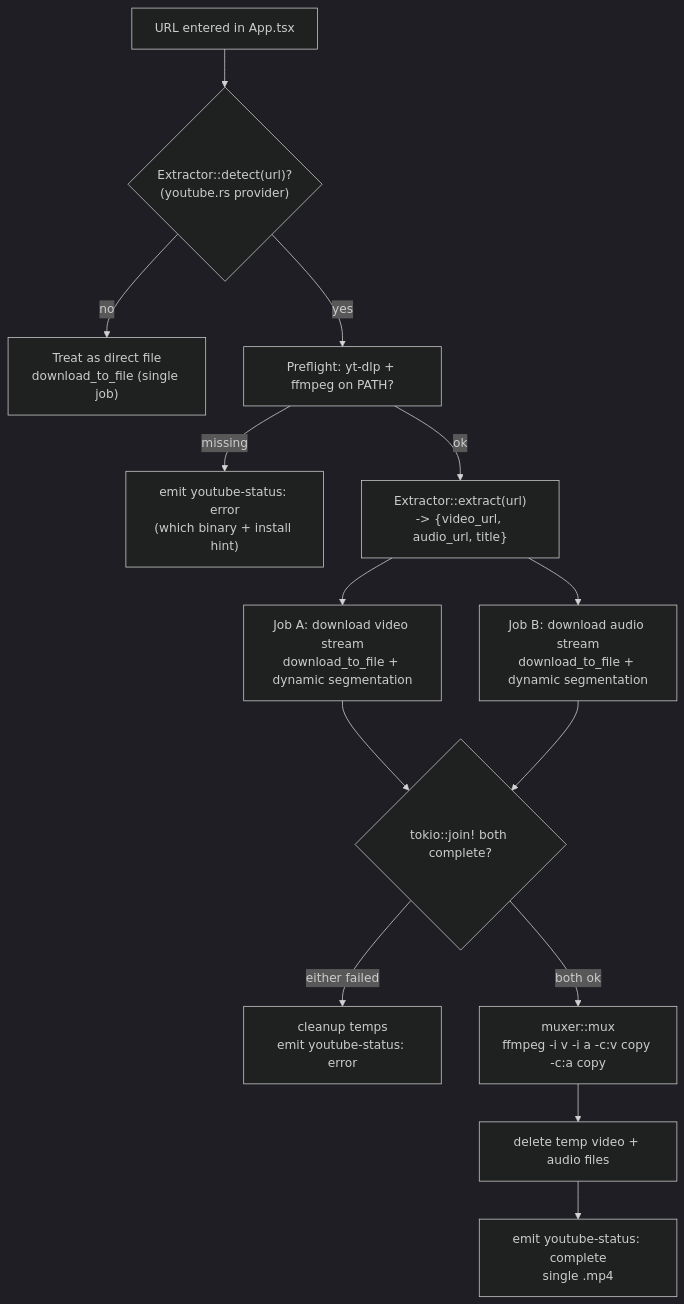
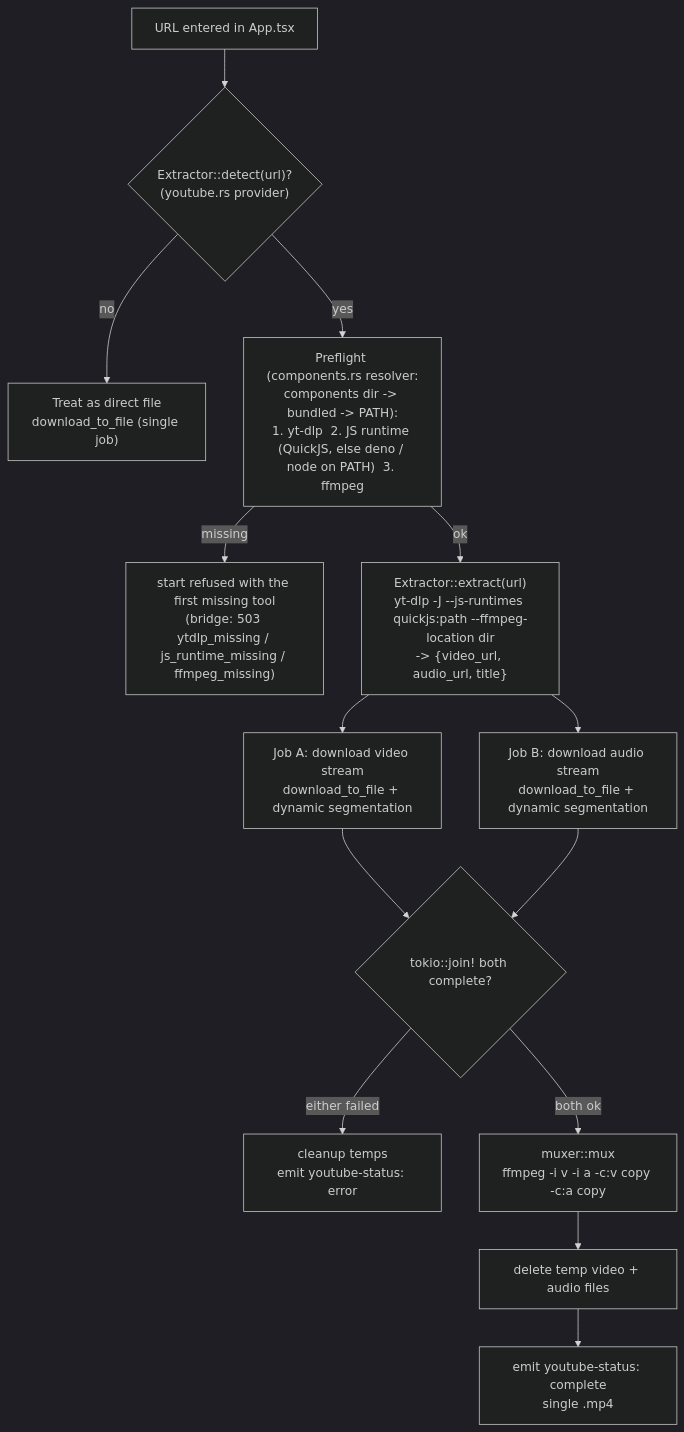
Before and after one commit to arehman-0/RDM: the diagram in docs/architecture/youtube-pipeline.mmd, drawn with Mermaid (dark theme). The commit also changed 19 other files, not shown here.

First line of the commit message:
Finish clean-install prep: unwind + opt-level s, JS runtime preflight, tray fixes

```diff
--- a/docs/architecture/youtube-pipeline.mmd
+++ b/docs/architecture/youtube-pipeline.mmd
@@ -1,17 +1,17 @@
 %% YouTube / stream-site pipeline: detect -> extract -> dual segmented download -> mux -> cleanup
 flowchart TD
     A["URL entered in App.tsx"] --> B{"Extractor::detect(url)?<br/>(youtube.rs provider)"}
     B -- no --> F0["Treat as direct file<br/>download_to_file (single job)"]
-    B -- yes --> P["Preflight: yt-dlp + ffmpeg on PATH?"]
-    P -- missing --> PE["emit youtube-status: error<br/>(which binary + install hint)"]
-    P -- ok --> C["Extractor::extract(url)<br/>-> {video_url, audio_url, title}"]
+    B -- yes --> P["Preflight (components.rs resolver:<br/>components dir -> bundled -> PATH):<br/>1. yt-dlp  2. JS runtime (QuickJS, else deno / node on PATH)  3. ffmpeg"]
+    P -- missing --> PE["start refused with the first missing tool<br/>(bridge: 503 ytdlp_missing / js_runtime_missing / ffmpeg_missing)"]
+    P -- ok --> C["Extractor::extract(url)<br/>yt-dlp -J --js-runtimes quickjs:path --ffmpeg-location dir<br/>-> {video_url, audio_url, title}"]
 
     C --> D1["Job A: download video stream<br/>download_to_file + dynamic segmentation"]
     C --> D2["Job B: download audio stream<br/>download_to_file + dynamic segmentation"]
 
     D1 --> J{"tokio::join! both complete?"}
     D2 --> J
     J -- either failed --> JE["cleanup temps<br/>emit youtube-status: error"]
     J -- both ok --> M["muxer::mux<br/>ffmpeg -i v -i a -c:v copy -c:a copy"]
     M --> CL["delete temp video + audio files"]
     CL --> OUT["emit youtube-status: complete<br/>single .mp4"]
```
